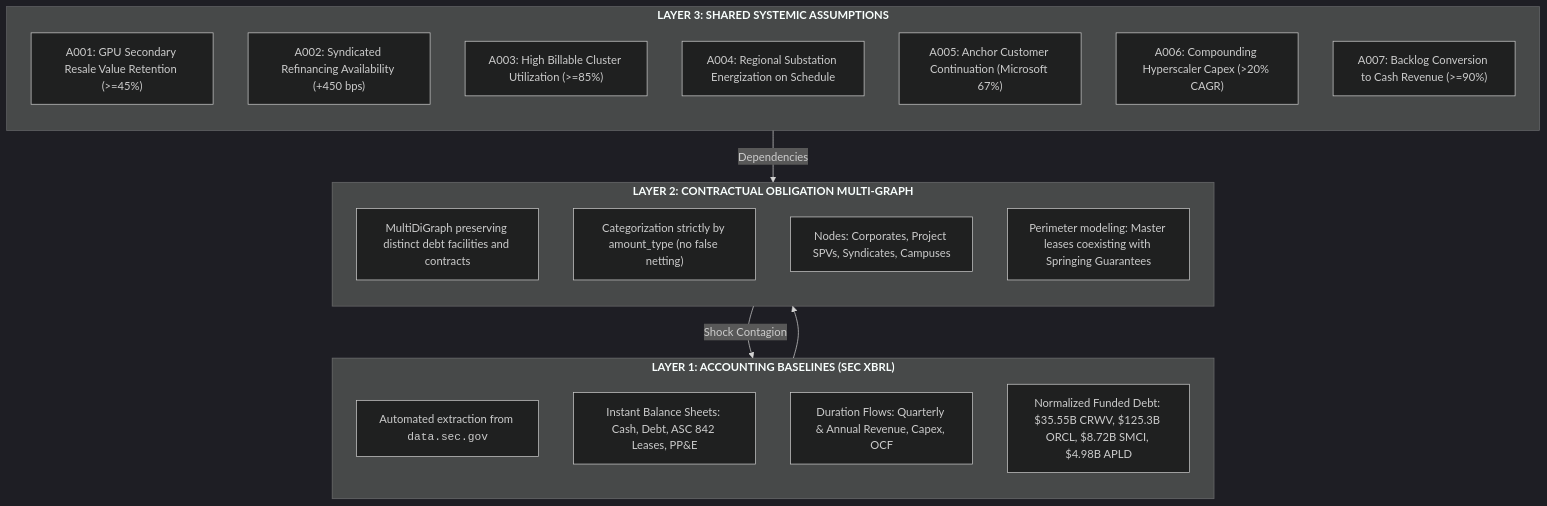
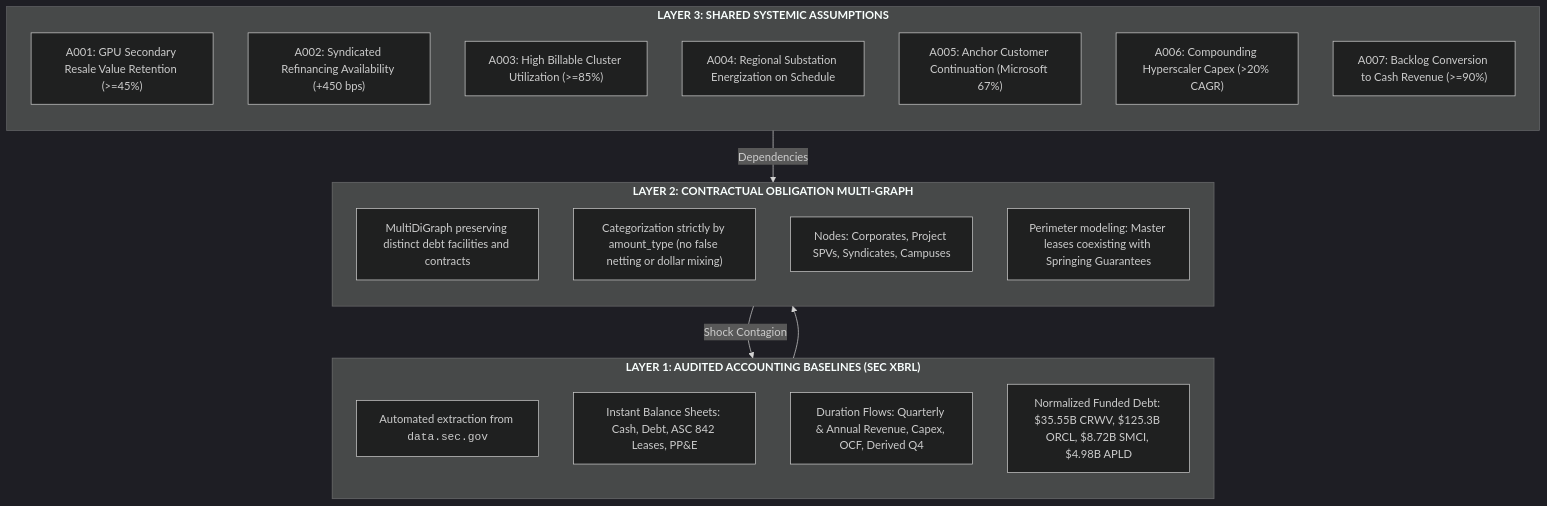
One commit to admiralorbiter/computational-sketchbook changed the second of 2 diagrams in 2026/2026-09-28-ai-infrastructure-network/README.md. Above: the diagram before and after it, drawn with Mermaid (dark theme). The commit also changed other lines of this file and 23 other files, not shown here.

````diff
--- a/2026/2026-09-28-ai-infrastructure-network/README.md
+++ b/2026/2026-09-28-ai-infrastructure-network/README.md
@@ -48,33 +48,33 @@
 ```mermaid
 flowchart TD
-    subgraph L1["<b>LAYER 1: ACCOUNTING BASELINES (SEC XBRL)</b>"]
+    subgraph L1["<b>LAYER 1: AUDITED ACCOUNTING BASELINES (SEC XBRL)</b>"]
         direction TB
         F1["Automated extraction from <code>data.sec.gov</code>"]
         F2["Instant Balance Sheets: Cash, Debt, ASC 842 Leases, PP&E"]
-        F3["Duration Flows: Quarterly & Annual Revenue, Capex, OCF"]
+        F3["Duration Flows: Quarterly & Annual Revenue, Capex, OCF, Derived Q4"]
         F4["Normalized Funded Debt: $35.55B CRWV, $125.3B ORCL, $8.72B SMCI, $4.98B APLD"]
     end
 
     subgraph L2["<b>LAYER 2: CONTRACTUAL OBLIGATION MULTI-GRAPH</b>"]
         direction TB
         O1["MultiDiGraph preserving distinct debt facilities and contracts"]
-        O2["Categorization strictly by amount_type (no false netting)"]
+        O2["Categorization strictly by amount_type (no false netting or dollar mixing)"]
         O3["Nodes: Corporates, Project SPVs, Syndicates, Campuses"]
         O4["Perimeter modeling: Master leases coexisting with Springing Guarantees"]
     end
 
     subgraph L3["<b>LAYER 3: SHARED SYSTEMIC ASSUMPTIONS</b>"]
         direction TB
         A1["A001: GPU Secondary Resale Value Retention (>=45%)"]
         A2["A002: Syndicated Refinancing Availability (+450 bps)"]
         A3["A003: High Billable Cluster Utilization (>=85%)"]
         A4["A004: Regional Substation Energization on Schedule"]
         A5["A005: Anchor Customer Continuation (Microsoft 67%)"]
         A6["A006: Compounding Hyperscaler Capex (>20% CAGR)"]
         A7["A007: Backlog Conversion to Cash Revenue (>=90%)"]
     end
 
     L1 --> L2
     L3 -->|Dependencies| L2
     L2 -->|Shock Contagion| L1
 ```
````
